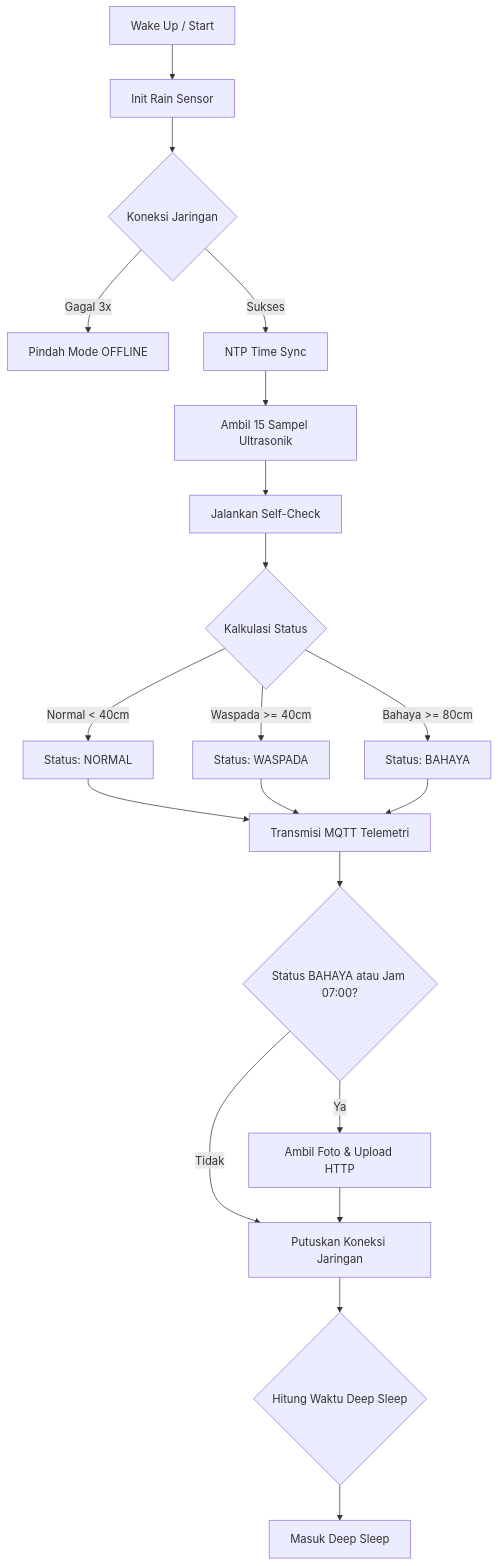
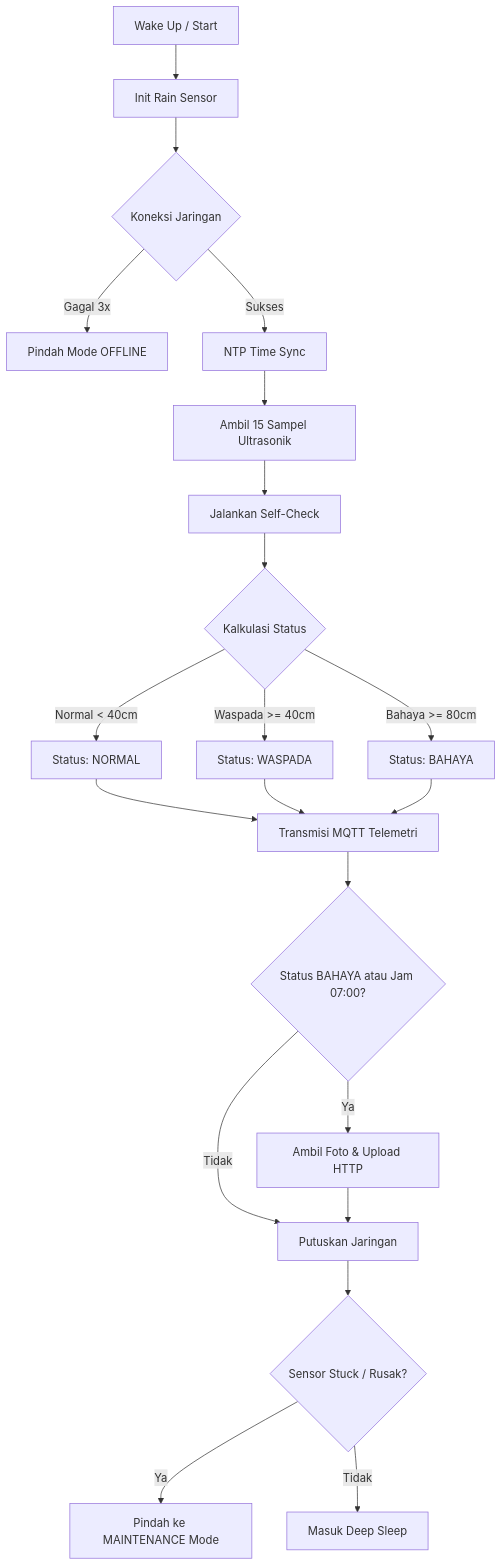
The second of 3 diagrams in docs/spesifikasi_protokol_dan_alur_sistem.md (RazaqFarhanR/iot-drainage-esp32cam), drawn with Mermaid before and after one commit. The commit also changed other lines of this file and 4 other files, not shown here.

Commit message:
docs: sync architecture specifications with final v1 implementation

````diff
--- a/docs/spesifikasi_protokol_dan_alur_sistem.md
+++ b/docs/spesifikasi_protokol_dan_alur_sistem.md
@@ -58,22 +58,23 @@
 ```mermaid
 graph TD
     A[Wake Up / Start] --> B[Init Rain Sensor]
     B --> C{Koneksi Jaringan}
     C -- Gagal 3x --> D[Pindah Mode OFFLINE]
     C -- Sukses --> E[NTP Time Sync]
     E --> F[Ambil 15 Sampel Ultrasonik]
     F --> G[Jalankan Self-Check]
     G --> H{Kalkulasi Status}
     H -- Normal < 40cm --> I[Status: NORMAL]
     H -- Waspada >= 40cm --> J[Status: WASPADA]
     H -- Bahaya >= 80cm --> K[Status: BAHAYA]
     I --> L[Transmisi MQTT Telemetri]
     J --> L
     K --> L
     L --> M{Status BAHAYA atau Jam 07:00?}
     M -- Ya --> N[Ambil Foto & Upload HTTP]
-    M -- Tidak --> O[Putuskan Koneksi Jaringan]
+    M -- Tidak --> O[Putuskan Jaringan]
     N --> O
-    O --> P{Hitung Waktu Deep Sleep}
-    P --> Q[Masuk Deep Sleep]
+    O --> P{Sensor Stuck / Rusak?}
+    P -- Ya --> Q[Pindah ke MAINTENANCE Mode]
+    P -- Tidak --> R[Masuk Deep Sleep]
 ```
````
